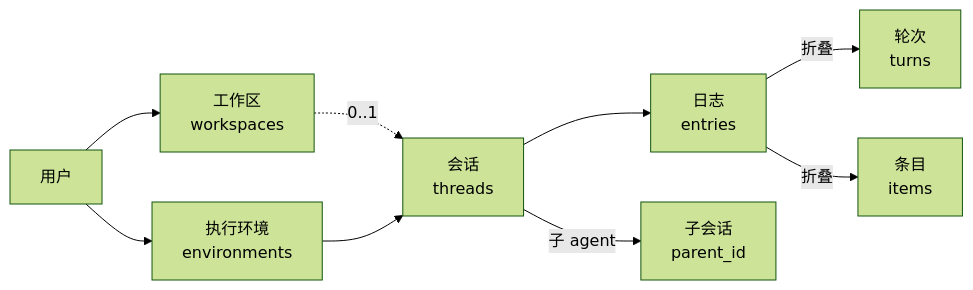
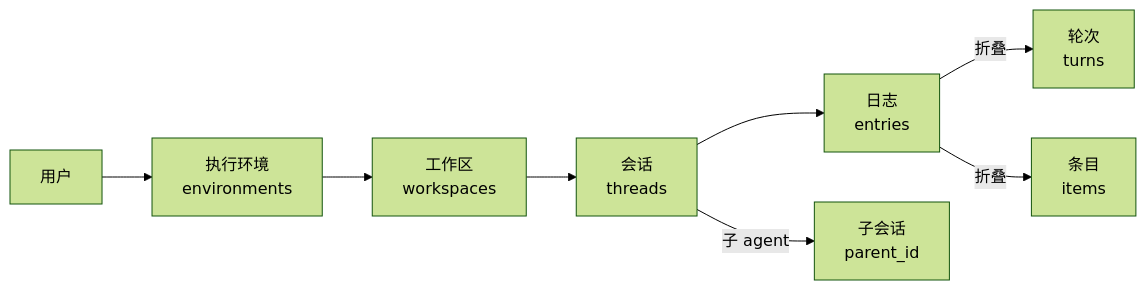
The first of 5 diagrams in docs/lifecycle.md (0xfakeSpike/ollupi), drawn with Mermaid (forest theme) before and after one commit. The commit also changed other lines of this file and 20 other files, not shown here.

````diff
--- a/docs/lifecycle.md
+++ b/docs/lifecycle.md
@@ -7,11 +7,10 @@
 ```mermaid
 flowchart LR
-  user["用户"] --> ws["工作区<br/>workspaces"]
-  user --> env["执行环境<br/>environments"]
-  ws -. "0..1" .-> thread["会话<br/>threads"]
-  env --> thread
+  user["用户"] --> env["执行环境<br/>environments"]
+  env --> ws["工作区<br/>workspaces"]
+  ws --> thread["会话<br/>threads"]
   thread --> log["日志<br/>entries"]
   log -- "折叠" --> turn["轮次<br/>turns"]
   log -- "折叠" --> item["条目<br/>items"]
   thread -- "子 agent" --> child["子会话<br/>parent_id"]
 ```
````
